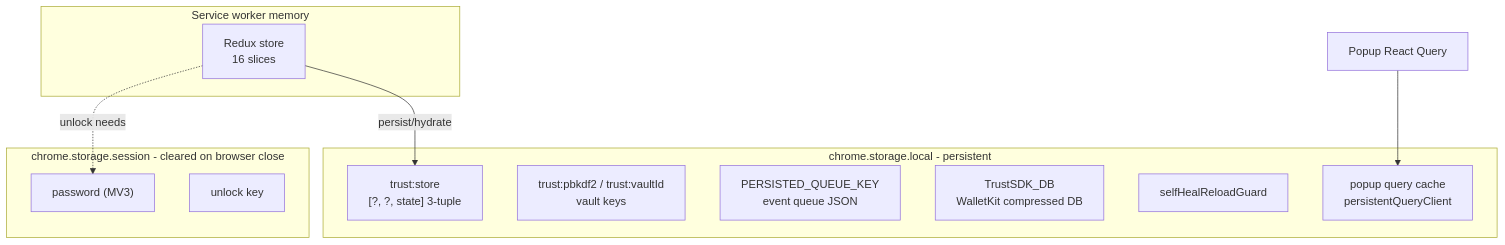
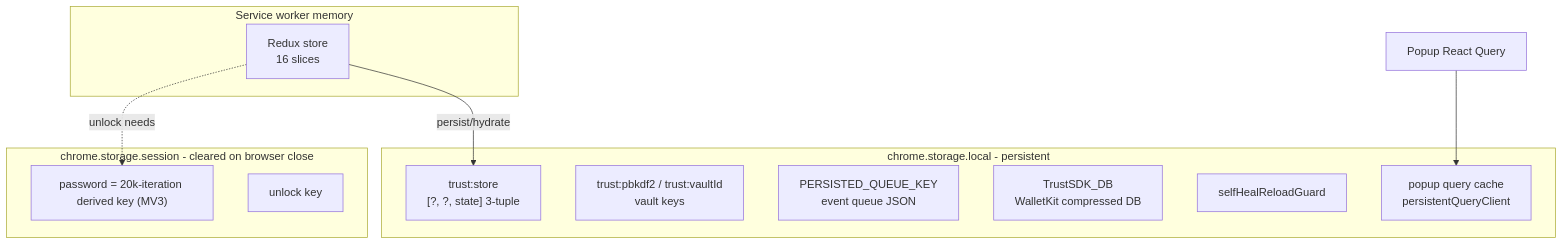
The first of 2 diagrams in docs/trust-wallet-architecture/08-state-and-storage.md (Harish829-stack/Harbour-wallet), drawn with Mermaid before and after one commit. The commit also changed other lines of this file and 5 other files, not shown here.

````diff
--- a/docs/trust-wallet-architecture/08-state-and-storage.md
+++ b/docs/trust-wallet-architecture/08-state-and-storage.md
@@ -7,21 +7,21 @@
 ```mermaid
 flowchart TB
   subgraph Mem[Service worker memory]
     RS[Redux store<br/>16 slices]
   end
   subgraph Local[chrome.storage.local - persistent]
     TS["trust:store<br/>[?, ?, state] 3-tuple"]
     VK["trust:pbkdf2 / trust:vaultId<br/>vault keys"]
     QK[PERSISTED_QUEUE_KEY<br/>event queue JSON]
     SDK[TrustSDK_DB<br/>WalletKit compressed DB]
     RG[selfHealReloadGuard]
     PQ[popup query cache<br/>persistentQueryClient]
   end
   subgraph Sess[chrome.storage.session - cleared on browser close]
-    PW["password (MV3)"]
+    PW["password = 20k-iteration derived key (MV3)"]
     UK[unlock key]
   end
   RS -- persist/hydrate --> TS
   RS -. unlock needs .-> PW
   UI[Popup React Query] --> PQ
 ```
````
